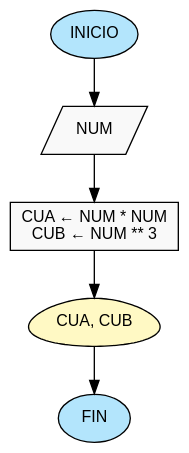
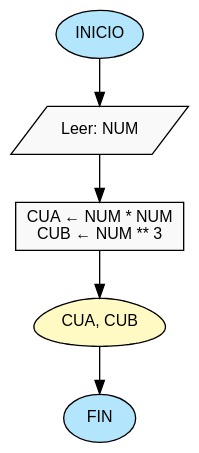
The diagram in Ejercicios/Ejemplo1.9/DiagramaEjemplo1_9.dot (GustavoBM18/Java-Tutor-Ejercicios), drawn with Graphviz before and after one commit. The commit also changed 9 other files, not shown here.

```diff
--- a/Ejercicios/Ejemplo1.9/DiagramaEjemplo1_9.dot
+++ b/Ejercicios/Ejemplo1.9/DiagramaEjemplo1_9.dot
@@ -1,18 +1,18 @@
 digraph DiagramaFlujoEstilizado {
 rankdir=TB;
 node [fontname="Arial", fontsize=12, style="filled"];
 edge [fontsize=10];
 bgcolor="transparent";
 splines=ortho;
 
 Inicio [label="INICIO", shape=ellipse, fillcolor="#B3E5FC"];
-Entrada [label="NUM", shape=parallelogram, fillcolor="#F9F9F9"];
+Entrada [label="Leer: NUM", shape=parallelogram, fillcolor="#F9F9F9"];
 Proceso [label="CUA ← NUM * NUM\nCUB ← NUM ** 3", shape=box, fillcolor="#F9F9F9"];
 Salida [label="CUA, CUB", shape=egg, fillcolor="#FFF9C4"];
 Fin [label="FIN", shape=ellipse, fillcolor="#B3E5FC"];
 
 Inicio -> Entrada;
 Entrada -> Proceso;
 Proceso -> Salida;
 Salida -> Fin;
 }
```
